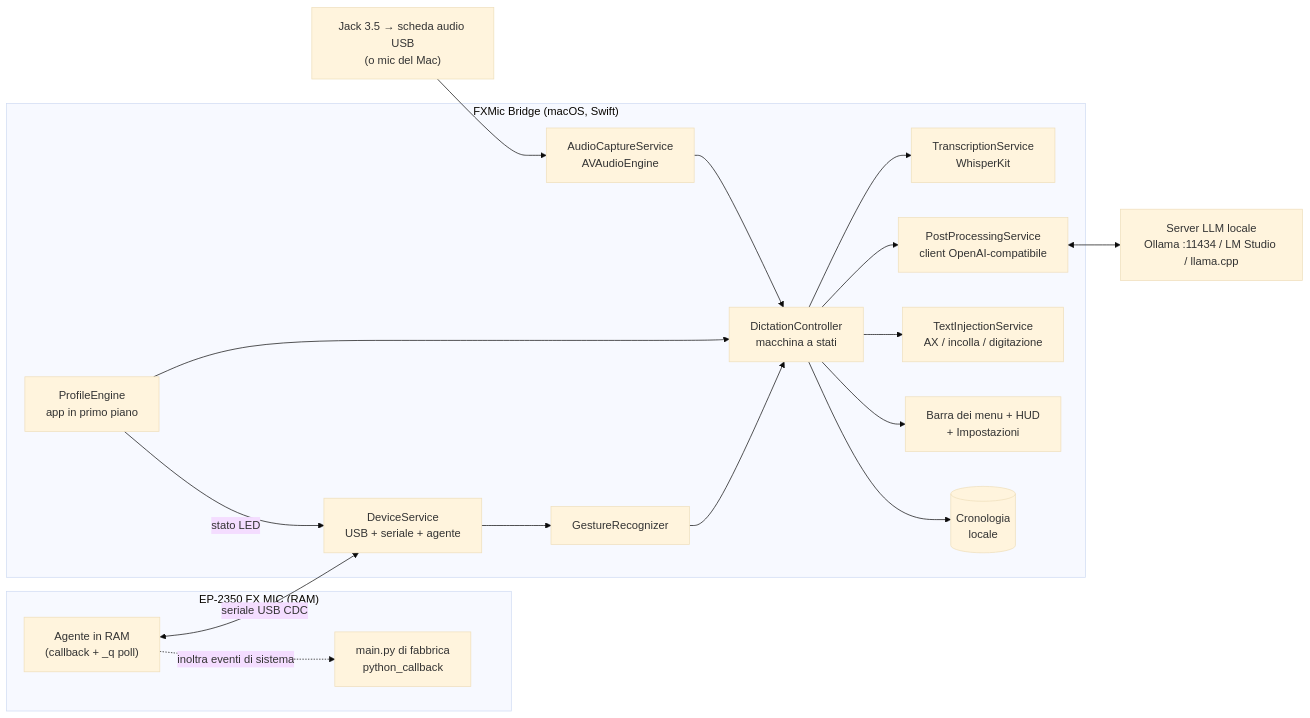
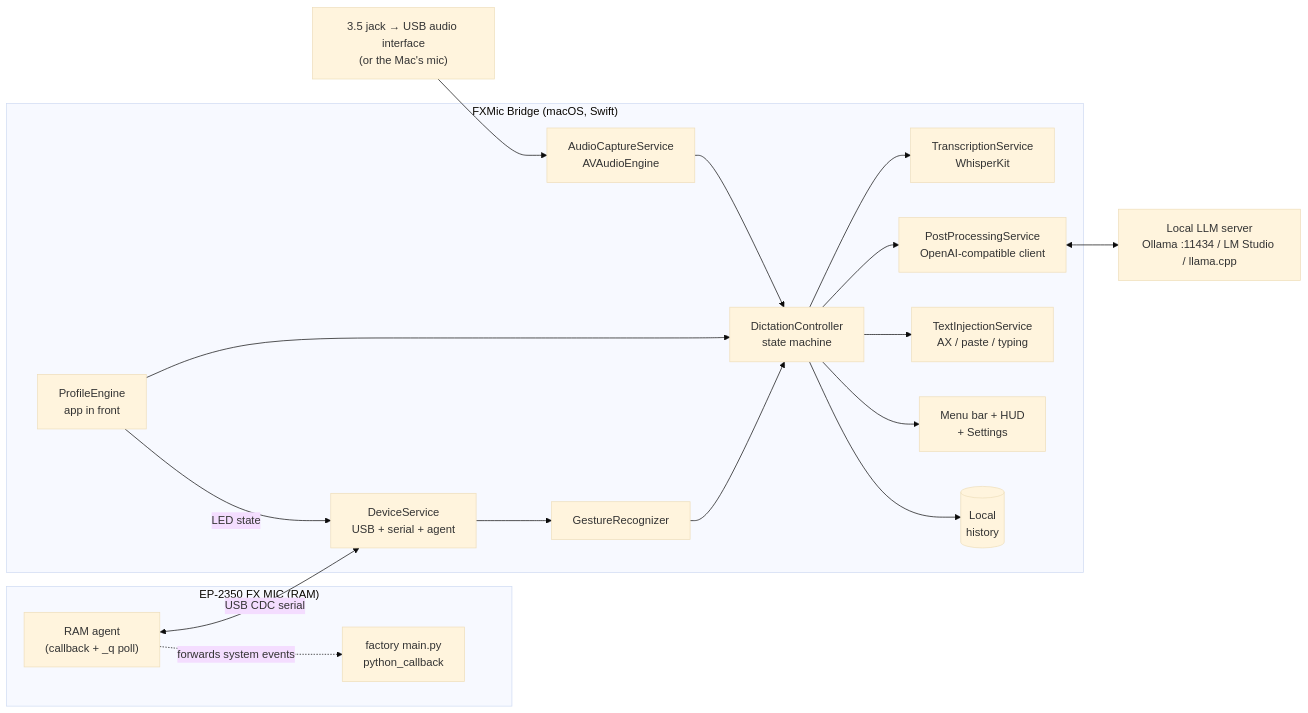
One commit to CalettiGabriele/CUE-2350_MIC changed the diagram in docs/design-docs/tdd-v1-fxmic-bridge.md. Above: the diagram before and after it, drawn with Mermaid (base theme). The commit also changed other lines of this file and 10 other files, not shown here.

````diff
--- a/docs/design-docs/tdd-v1-fxmic-bridge.md
+++ b/docs/design-docs/tdd-v1-fxmic-bridge.md
@@ -40,33 +40,33 @@
 ```mermaid
 flowchart LR
   subgraph Mic["EP-2350 FX MIC (RAM)"]
-    AG["Agente in RAM<br/>(callback + _q poll)"]
-    FW["main.py di fabbrica<br/>python_callback"]
-    AG -. inoltra eventi di sistema .-> FW
+    AG["RAM agent<br/>(callback + _q poll)"]
+    FW["factory main.py<br/>python_callback"]
+    AG -. forwards system events .-> FW
   end
   subgraph App["FXMic Bridge (macOS, Swift)"]
-    DS[DeviceService<br/>USB + seriale + agente]
+    DS[DeviceService<br/>USB + serial + agent]
     GR[GestureRecognizer]
-    PE[ProfileEngine<br/>app in primo piano]
-    DC[DictationController<br/>macchina a stati]
+    PE[ProfileEngine<br/>app in front]
+    DC[DictationController<br/>state machine]
     AC[AudioCaptureService<br/>AVAudioEngine]
     TS[TranscriptionService<br/>WhisperKit]
-    PP[PostProcessingService<br/>client OpenAI-compatibile]
-    TI[TextInjectionService<br/>AX / incolla / digitazione]
-    UI[Barra dei menu + HUD<br/>+ Impostazioni]
-    HS[(Cronologia<br/>locale)]
+    PP[PostProcessingService<br/>OpenAI-compatible client]
+    TI[TextInjectionService<br/>AX / paste / typing]
+    UI[Menu bar + HUD<br/>+ Settings]
+    HS[(Local<br/>history)]
   end
-  JACK["Jack 3.5 → scheda audio USB<br/>(o mic del Mac)"]
-  LLM["Server LLM locale<br/>Ollama :11434 / LM Studio / llama.cpp"]
+  JACK["3.5 jack → USB audio interface<br/>(or the Mac's mic)"]
+  LLM["Local LLM server<br/>Ollama :11434 / LM Studio / llama.cpp"]
 
-  AG <-- "seriale USB CDC" --> DS
+  AG <-- "USB CDC serial" --> DS
   DS --> GR --> DC
   PE --> DC
-  PE -- stato LED --> DS
+  PE -- LED state --> DS
   JACK --> AC --> DC
   DC --> TS
   DC --> PP <--> LLM
   DC --> TI
   DC --> UI
   DC --> HS
 ```
````
